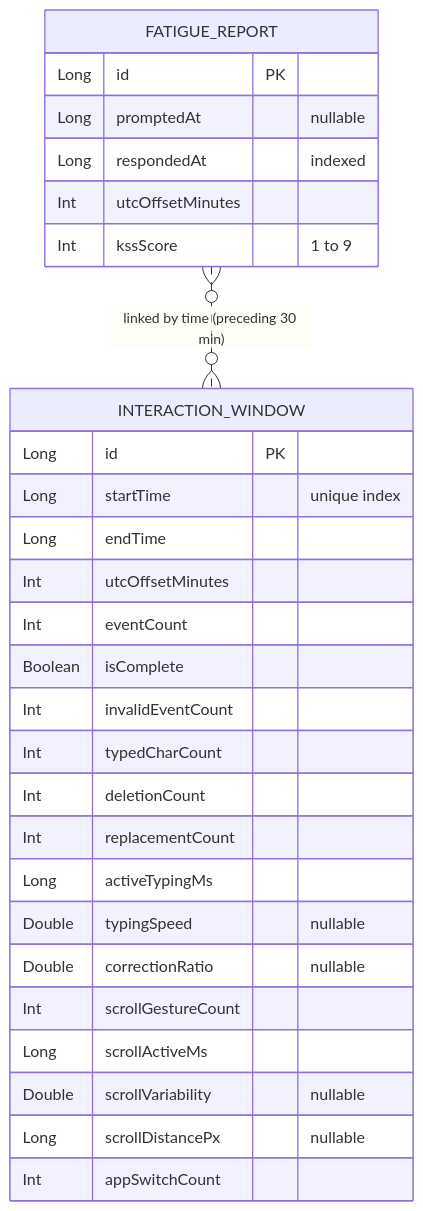
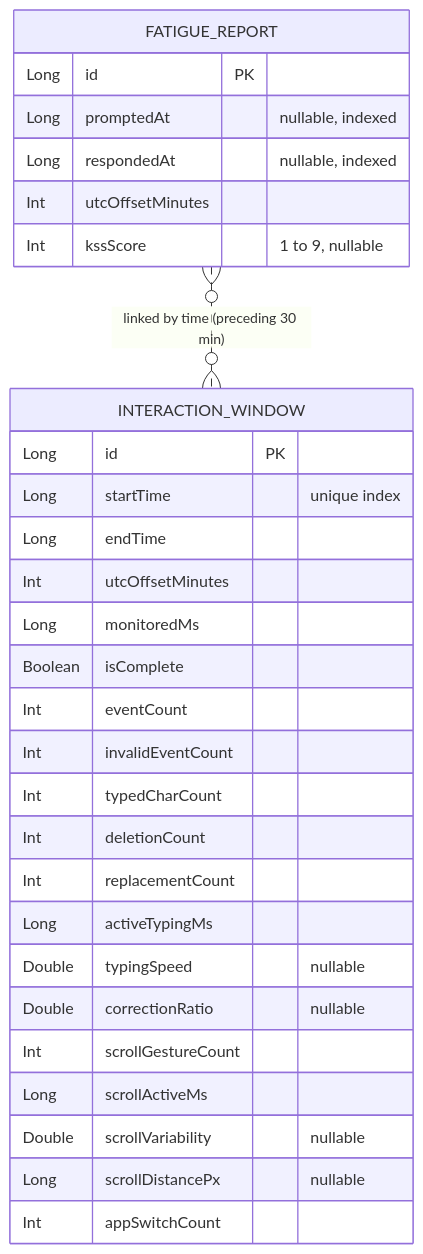
Before and after one commit to sunderiya-u/BurnoutDetector: the diagram in thesis/month-2/database-design.md, drawn with Mermaid. The commit also changed other lines of this file and 8 other files, not shown here.

Commit message:
Finalize Month 2 architecture, privacy design and event observation verification

````diff
--- a/thesis/month-2/database-design.md
+++ b/thesis/month-2/database-design.md
@@ -17,31 +17,32 @@
 ```mermaid
 erDiagram
     INTERACTION_WINDOW {
         Long id PK
         Long startTime "unique index"
         Long endTime
         Int utcOffsetMinutes
+        Long monitoredMs
+        Boolean isComplete
         Int eventCount
-        Boolean isComplete
         Int invalidEventCount
         Int typedCharCount
         Int deletionCount
         Int replacementCount
         Long activeTypingMs
         Double typingSpeed "nullable"
         Double correctionRatio "nullable"
         Int scrollGestureCount
         Long scrollActiveMs
         Double scrollVariability "nullable"
         Long scrollDistancePx "nullable"
         Int appSwitchCount
     }
     FATIGUE_REPORT {
         Long id PK
-        Long promptedAt "nullable"
-        Long respondedAt "indexed"
+        Long promptedAt "nullable, indexed"
+        Long respondedAt "nullable, indexed"
         Int utcOffsetMinutes
-        Int kssScore "1 to 9"
+        Int kssScore "1 to 9, nullable"
     }
     FATIGUE_REPORT }o..o{ INTERACTION_WINDOW : "linked by time (preceding 30 min)"
 ```
````
